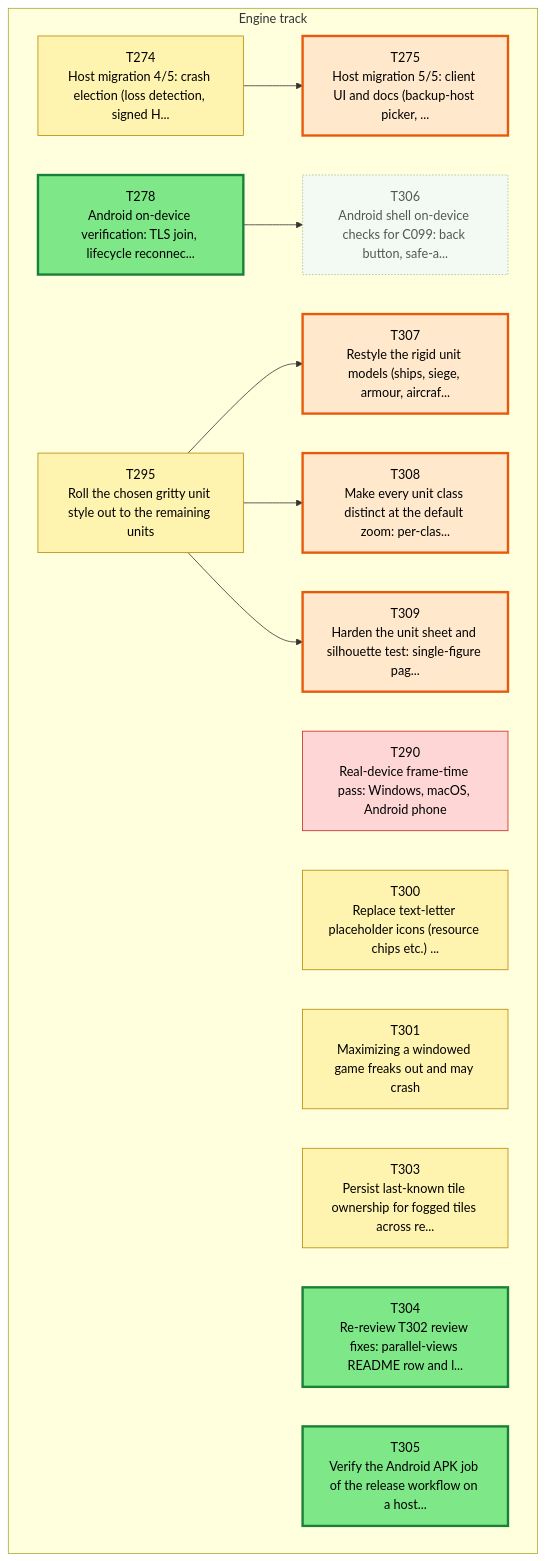
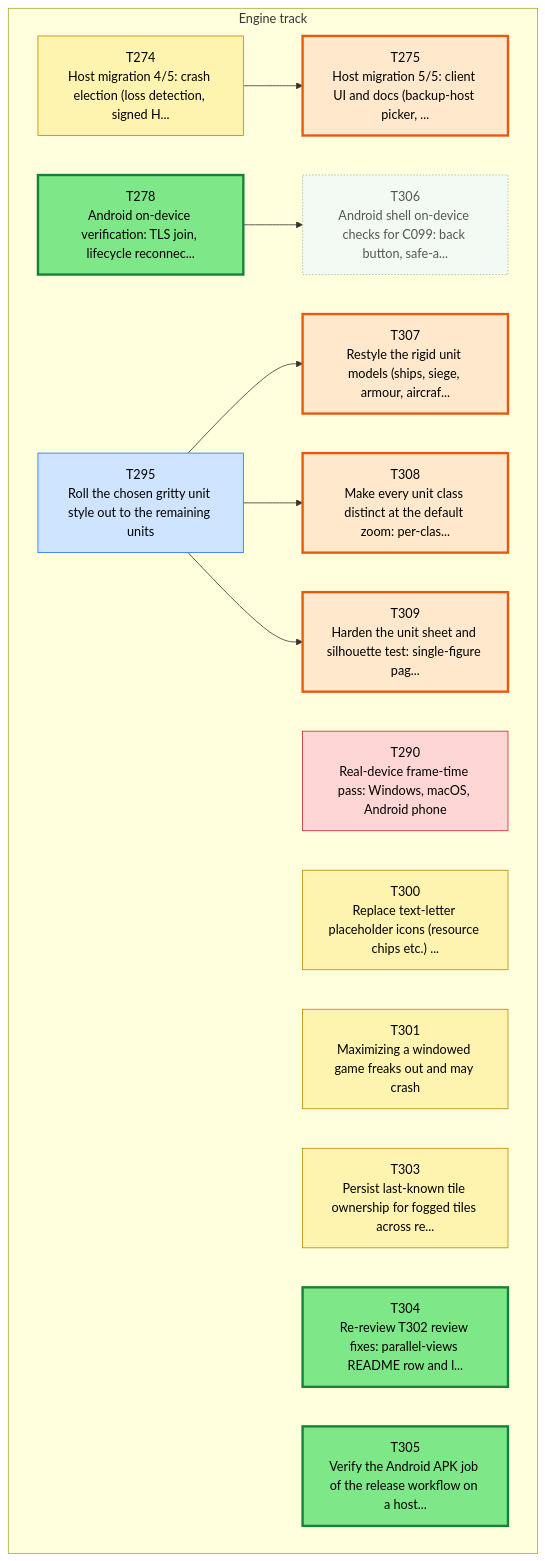
Before and after one commit to Kenmura/Unciv: the first of 3 diagrams in csharp/migration/DEPENDENCY_MAP.md, drawn with Mermaid. The commit also changed other lines of this file and 1 other file, not shown here.

Commit message:
migration: T295 -> Needs-Review [Claude]

````diff
--- a/csharp/migration/DEPENDENCY_MAP.md
+++ b/csharp/migration/DEPENDENCY_MAP.md
@@ -35,45 +35,45 @@
 ```mermaid
 flowchart TD
   subgraph TTRACK["Engine track"]
     T274["T274<br/>Host migration 4/5: crash election (loss detection, signed H..."]
     T275["T275<br/>Host migration 5/5: client UI and docs (backup-host picker, ..."]
     T278["T278<br/>Android on-device verification: TLS join, lifecycle reconnec..."]
     T290["T290<br/>Real-device frame-time pass: Windows, macOS, Android phone"]
     T295["T295<br/>Roll the chosen gritty unit style out to the remaining units"]
     T300["T300<br/>Replace text-letter placeholder icons (resource chips etc.) ..."]
     T301["T301<br/>Maximizing a windowed game freaks out and may crash"]
     T303["T303<br/>Persist last-known tile ownership for fogged tiles across re..."]
     T304["T304<br/>Re-review T302 review fixes: parallel-views README row and l..."]
     T305["T305<br/>Verify the Android APK job of the release workflow on a host..."]
     T306["T306<br/>Android shell on-device checks for C099: back button, safe-a..."]
     T307["T307<br/>Restyle the rigid unit models (ships, siege, armour, aircraf..."]
     T308["T308<br/>Make every unit class distinct at the default zoom: per-clas..."]
     T309["T309<br/>Harden the unit sheet and silhouette test: single-figure pag..."]
   end
   T274 --> T275
   T278 --> T306
   T295 --> T307
   T295 --> T308
   T295 --> T309
   classDef waiting fill:#f3faf3,stroke:#9bc49b,color:#555,stroke-dasharray:2 2
   classDef ondeck fill:#ffe8cc,stroke:#e8590c,stroke-width:3px,color:#000
   classDef ready fill:#7ee787,stroke:#1a7f37,stroke-width:3px,color:#000
   classDef prog fill:#fff3b0,stroke:#b58900,color:#000
   classDef review fill:#cfe4ff,stroke:#1f6feb,color:#000
   classDef blocked fill:#ffd6d6,stroke:#c62828,color:#000
   classDef done fill:#eeeeee,stroke:#999999,color:#666,stroke-dasharray:4 3
   class T274 prog
   class T275 ondeck
   class T278 ready
   class T290 blocked
-  class T295 prog
+  class T295 review
   class T300 prog
   class T301 prog
   class T303 prog
   class T304 ready
   class T305 ready
   class T306 waiting
   class T307 ondeck
   class T308 ondeck
   class T309 ondeck
 ```
````
